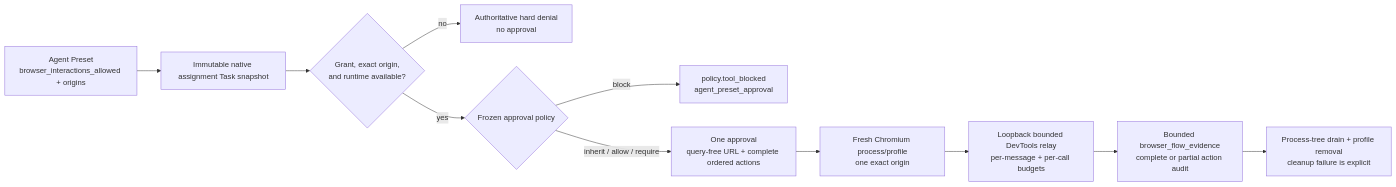
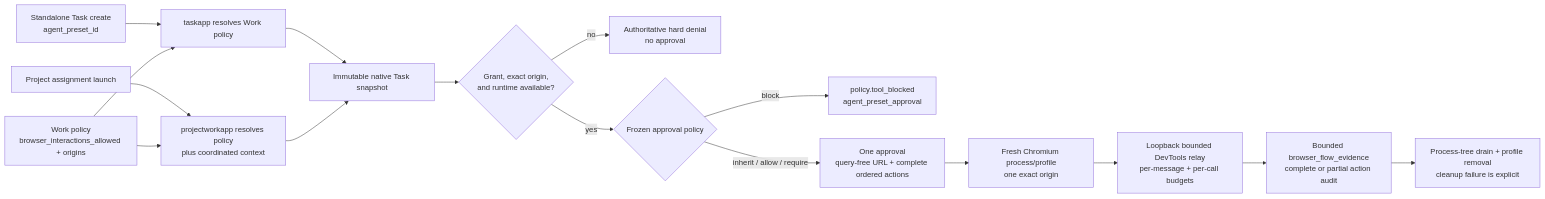
The seventh of 7 diagrams in docs/contributor/architecture.md (hecatehq/hecate), drawn with Mermaid before and after one commit. The commit also changed other lines of this file and 44 other files, not shown here.

Commit message:
feat(tasks): apply work policies to standalone tasks

````diff
--- a/docs/contributor/architecture.md
+++ b/docs/contributor/architecture.md
@@ -647,13 +658,18 @@
 ```mermaid
 flowchart LR
-    Preset["Agent Preset<br/>browser_interactions_allowed + origins"] --> Snapshot["Immutable native assignment Task snapshot"]
+    Direct["Standalone Task create<br/>agent_preset_id"] --> Resolve["taskapp resolves Work policy"]
+    Assignment["Project assignment launch"] --> ResolveAssignment["projectworkapp resolves policy<br/>plus coordinated context"]
+    Resolve --> Snapshot["Immutable native Task snapshot"]
+    ResolveAssignment --> Snapshot
+    Preset["Work policy<br/>browser_interactions_allowed + origins"] --> Resolve
+    Preset --> ResolveAssignment
     Snapshot --> Eligibility{"Grant, exact origin,<br/>and runtime available?"}
     Eligibility -->|"no"| HardDenied["Authoritative hard denial<br/>no approval"]
     Eligibility -->|"yes"| PresetPolicy{"Frozen approval policy"}
     PresetPolicy -->|"block"| PolicyDenied["policy.tool_blocked<br/>agent_preset_approval"]
     PresetPolicy -->|"inherit / allow / require"| Approval["One approval<br/>query-free URL + complete ordered actions"]
     Approval --> Browser["Fresh Chromium process/profile<br/>one exact origin"]
     Browser --> Relay["Loopback bounded DevTools relay<br/>per-message + per-call budgets"]
     Relay --> Evidence["Bounded browser_flow_evidence<br/>complete or partial action audit"]
     Evidence --> Teardown["Process-tree drain + profile removal<br/>cleanup failure is explicit"]
 ```
````
